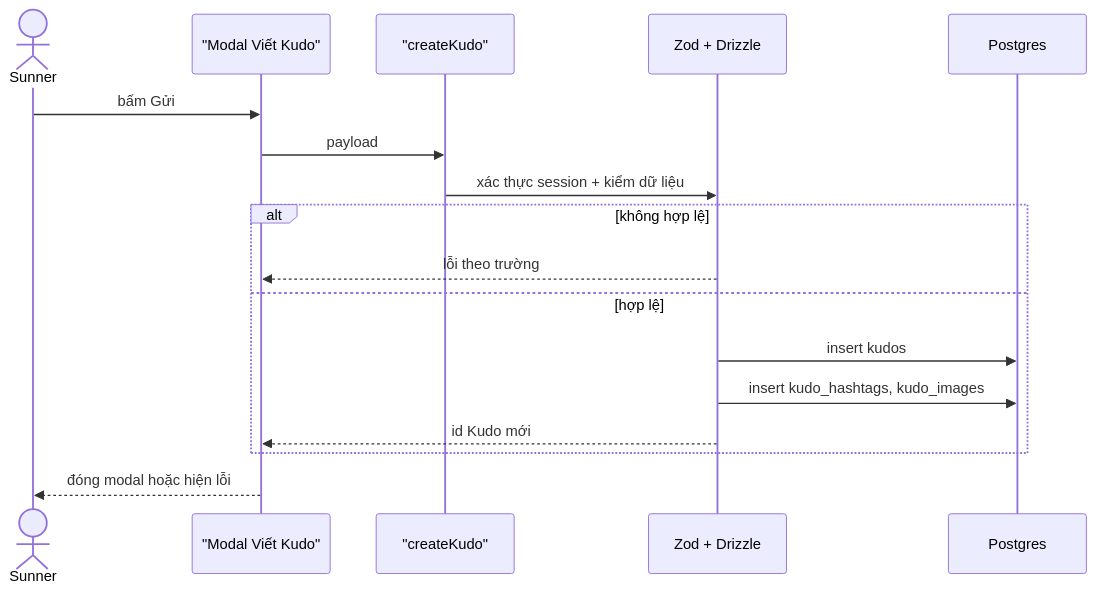
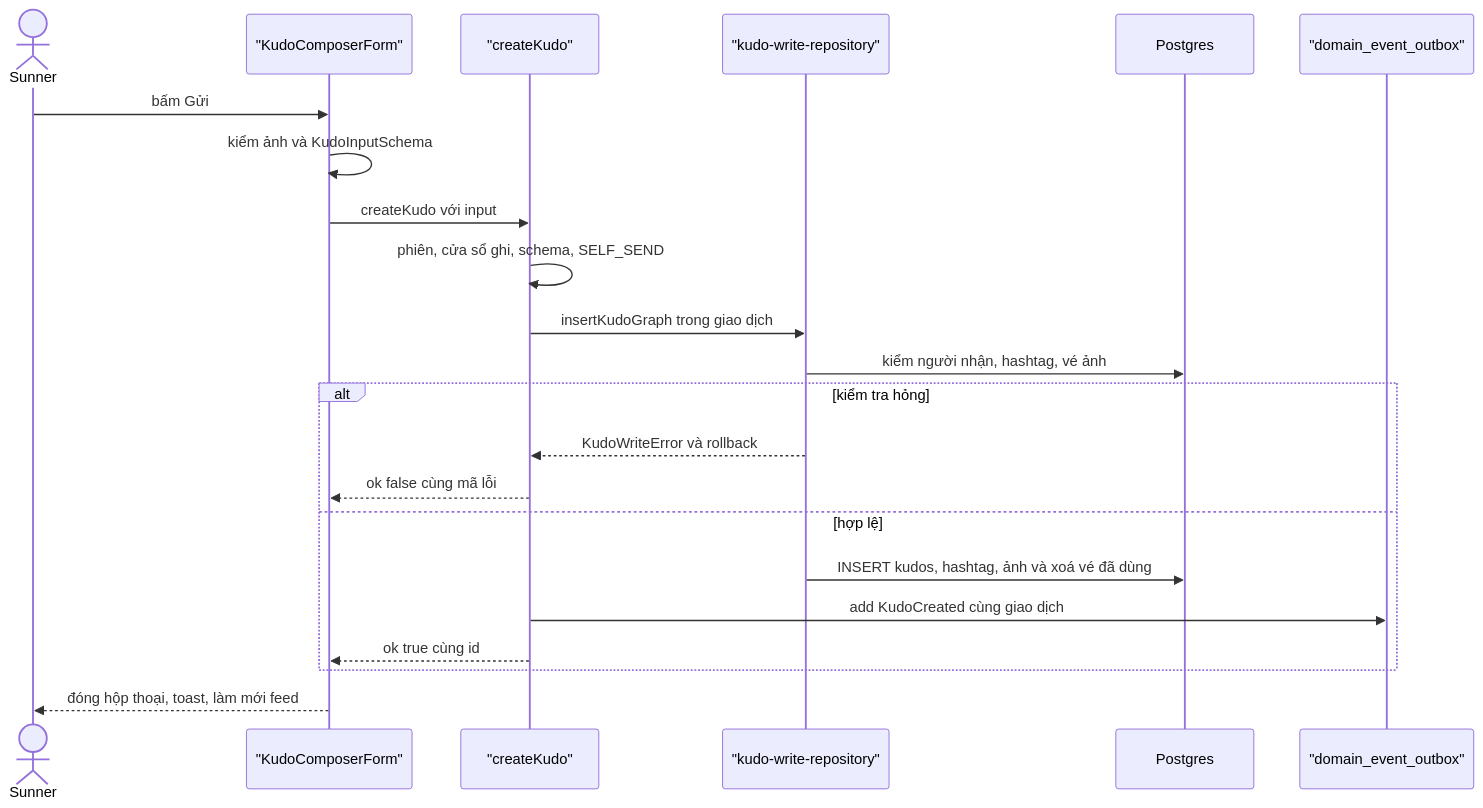
The second of 8 diagrams in docs/features/F003_KudosAuthoring/technical-spec.md (hailv-3571/agentic-coding-hands-on), drawn with Mermaid before and after one commit. The commit also changed other lines of this file and 250 other files, not shown here.

````diff
--- a/docs/features/F003_KudosAuthoring/technical-spec.md
+++ b/docs/features/F003_KudosAuthoring/technical-spec.md
@@ -108,19 +141,25 @@
 ```mermaid
 sequenceDiagram
     actor U as Sunner
-    participant V as "Modal Viết Kudo"
+    participant F as "KudoComposerForm"
     participant C as "createKudo"
-    participant S as Zod + Drizzle
+    participant R as "kudo-write-repository"
     participant D as Postgres
-    U->>V: bấm Gửi
-    V->>C: payload
-    C->>S: xác thực session + kiểm dữ liệu
-    alt không hợp lệ
-        S-->>V: lỗi theo trường
+    participant O as "domain_event_outbox"
+
+    U->>F: bấm Gửi
+    F->>F: kiểm ảnh và KudoInputSchema
+    F->>C: createKudo với input
+    C->>C: phiên, cửa sổ ghi, schema, SELF_SEND
+    C->>R: insertKudoGraph trong giao dịch
+    R->>D: kiểm người nhận, hashtag, vé ảnh
+    alt kiểm tra hỏng
+        R-->>C: KudoWriteError và rollback
+        C-->>F: ok false cùng mã lỗi
     else hợp lệ
-        S->>D: insert kudos
-        S->>D: insert kudo_hashtags, kudo_images
-        S-->>V: id Kudo mới
+        R->>D: INSERT kudos, hashtag, ảnh và xoá vé đã dùng
+        C->>O: add KudoCreated cùng giao dịch
+        C-->>F: ok true cùng id
     end
-    V-->>U: đóng modal hoặc hiện lỗi
+    F-->>U: đóng hộp thoại, toast, làm mới feed
 ```
````
